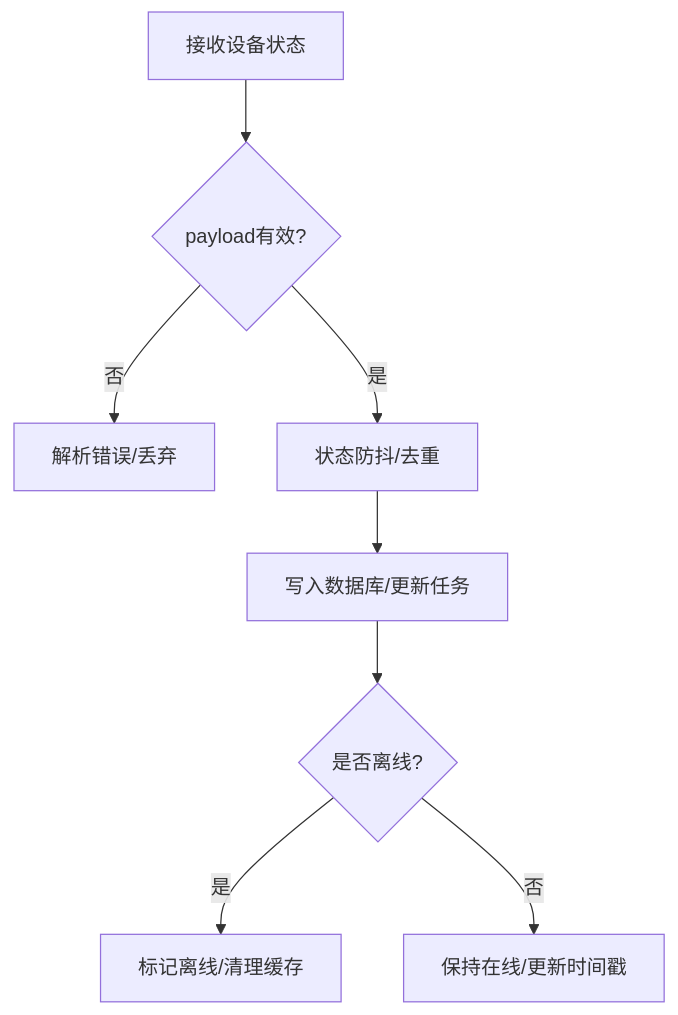
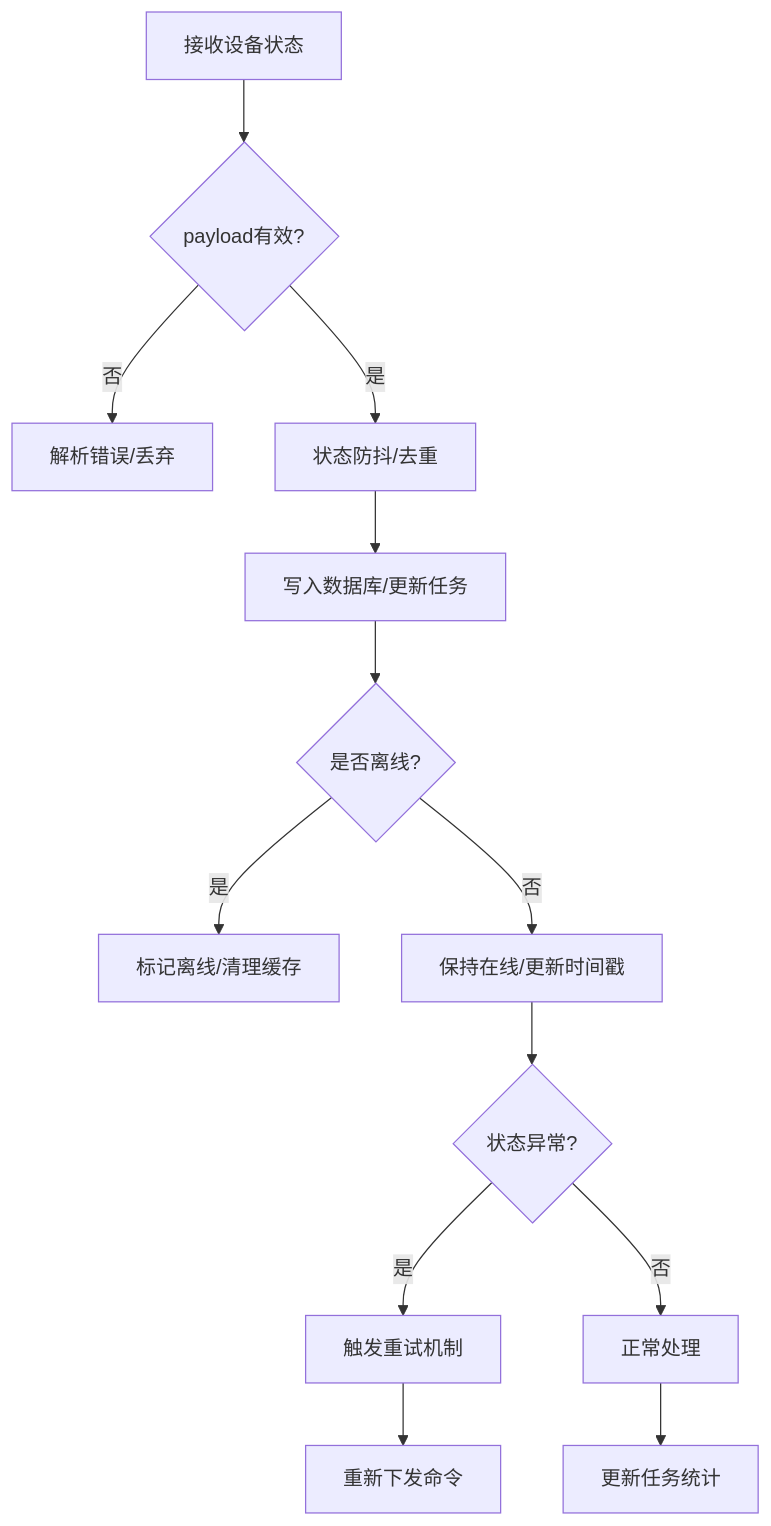
One commit to mcmrzy/cs_inv_monitor-develop changed the seventh of 8 diagrams in .qoder/repowiki/zh/content/OTA升级系统/OTA任务调度/OTA进度跟踪.md. Above: the diagram before and after it, drawn with Mermaid. The commit also changed other lines of this file and 128 other files, not shown here.

````diff
--- a/.qoder/repowiki/zh/content/OTA升级系统/OTA任务调度/OTA进度跟踪.md
+++ b/.qoder/repowiki/zh/content/OTA升级系统/OTA任务调度/OTA进度跟踪.md
@@ -263,10 +328,15 @@
 ```mermaid
 flowchart TD
 A["接收设备状态"] --> B{"payload有效?"}
 B --> |否| E["解析错误/丢弃"]
 B --> |是| C["状态防抖/去重"]
 C --> D["写入数据库/更新任务"]
 D --> F{"是否离线?"}
 F --> |是| G["标记离线/清理缓存"]
 F --> |否| H["保持在线/更新时间戳"]
+H --> I{"状态异常?"}
+I --> |是| J["触发重试机制"]
+I --> |否| K["正常处理"]
+J --> L["重新下发命令"]
+K --> M["更新任务统计"]
 ```
````
